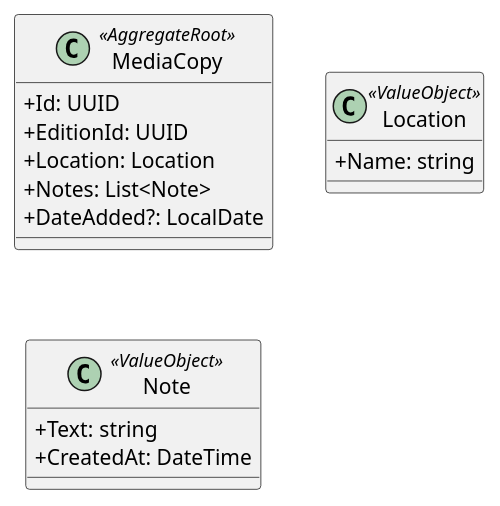
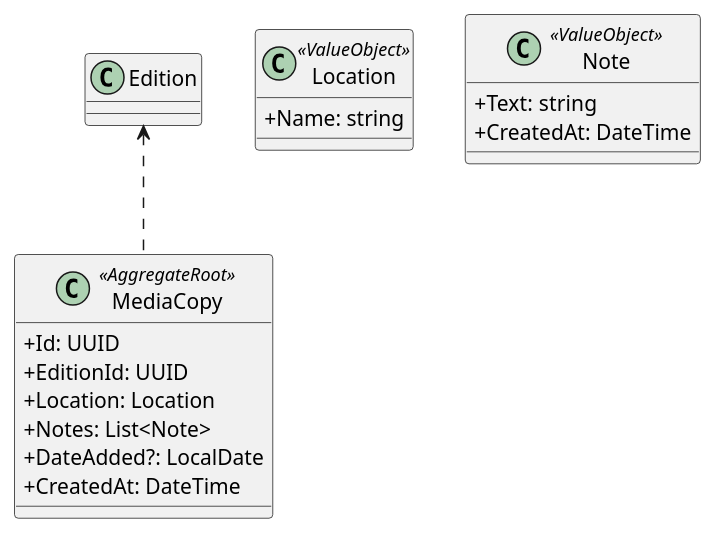
One commit to yantue/colleq changed the diagram in docs/uml/domain/domain-media-copy.puml. Above: the diagram before and after it, drawn with PlantUML. The commit also changed 11 other files, not shown here.

```diff
--- a/docs/uml/domain/domain-media-copy.puml
+++ b/docs/uml/domain/domain-media-copy.puml
@@ -1,21 +1,25 @@
 @startuml
 skinparam classAttributeIconSize 0
 
 class MediaCopy <<AggregateRoot>> {
     +Id: UUID
     +EditionId: UUID
     +Location: Location
     +Notes: List<Note>
     +DateAdded?: LocalDate
+    +CreatedAt: DateTime
 }
 
 class Location <<ValueObject>> {
     +Name: string
 }
 
 class Note <<ValueObject>> {
     +Text: string
     +CreatedAt: DateTime
 }
 
+' ===== CROSS-AGGREGATE REFERENCE =====
+Edition <.. MediaCopy
+
 @enduml
```
